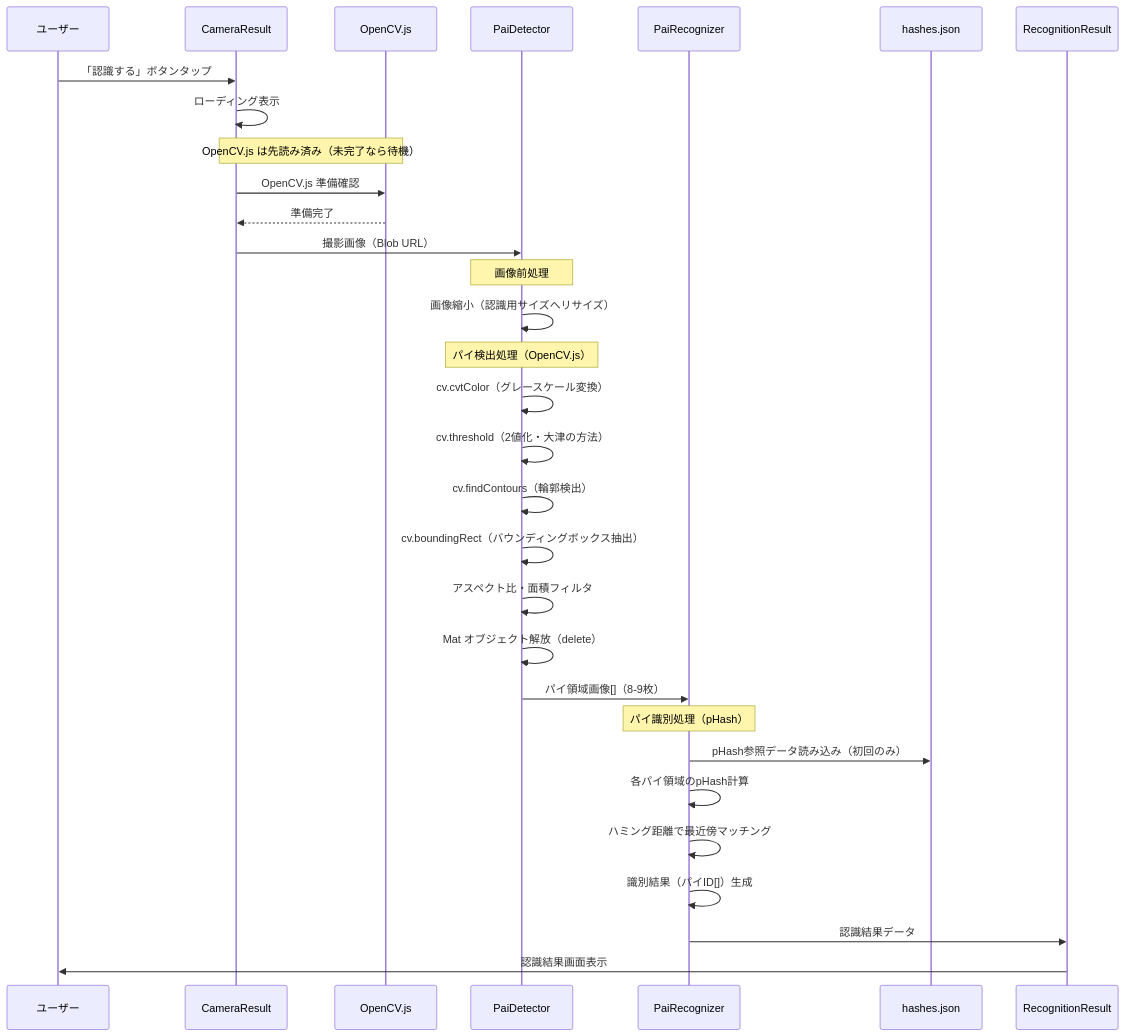
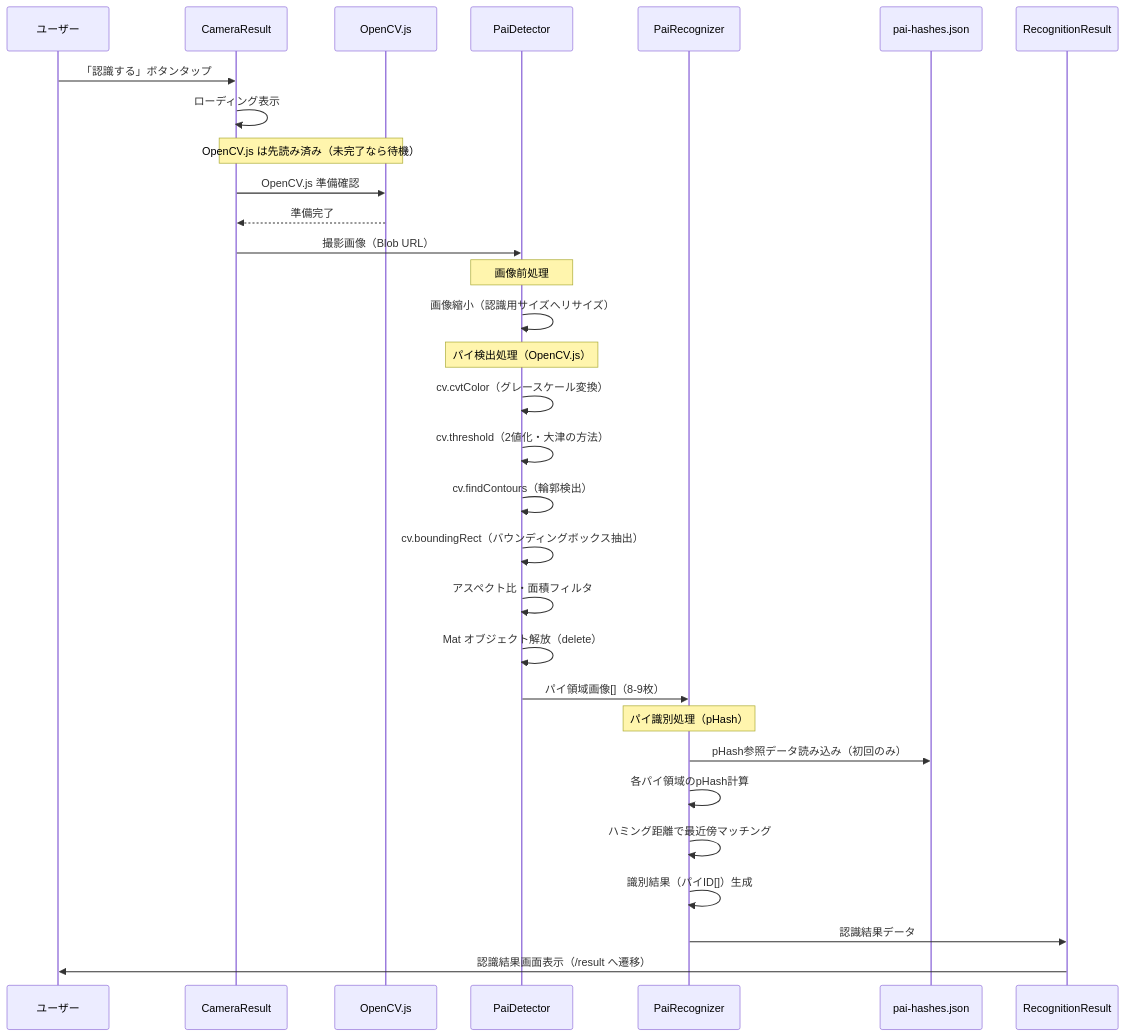
One commit to shokkunrf/nanjara changed the third of 10 diagrams in docs/design/pie-recognition/dataflow.md. Above: the diagram before and after it, drawn with Mermaid. The commit also changed other lines of this file and 21 other files, not shown here.

````diff
--- a/docs/design/pie-recognition/dataflow.md
+++ b/docs/design/pie-recognition/dataflow.md
@@ -72,41 +73,41 @@
 ```mermaid
 sequenceDiagram
     participant U as ユーザー
     participant CR as CameraResult
     participant OCV as OpenCV.js
     participant PD as PaiDetector
     participant PR as PaiRecognizer
-    participant Hash as hashes.json
+    participant Hash as pai-hashes.json
     participant RR as RecognitionResult
 
     U->>CR: 「認識する」ボタンタップ
     CR->>CR: ローディング表示
 
     Note over CR,OCV: OpenCV.js は先読み済み（未完了なら待機）
     CR->>OCV: OpenCV.js 準備確認
     OCV-->>CR: 準備完了
 
     CR->>PD: 撮影画像（Blob URL）
 
     Note over PD: 画像前処理
     PD->>PD: 画像縮小（認識用サイズへリサイズ）
 
     Note over PD: パイ検出処理（OpenCV.js）
     PD->>PD: cv.cvtColor（グレースケール変換）
     PD->>PD: cv.threshold（2値化・大津の方法）
     PD->>PD: cv.findContours（輪郭検出）
     PD->>PD: cv.boundingRect（バウンディングボックス抽出）
     PD->>PD: アスペクト比・面積フィルタ
     PD->>PD: Mat オブジェクト解放（delete）
 
     PD->>PR: パイ領域画像[]（8-9枚）
 
     Note over PR: パイ識別処理（pHash）
     PR->>Hash: pHash参照データ読み込み（初回のみ）
     PR->>PR: 各パイ領域のpHash計算
     PR->>PR: ハミング距離で最近傍マッチング
     PR->>PR: 識別結果（パイID[]）生成
 
     PR->>RR: 認識結果データ
-    RR->>U: 認識結果画面表示
+    RR->>U: 認識結果画面表示（/result へ遷移）
 ```
````
